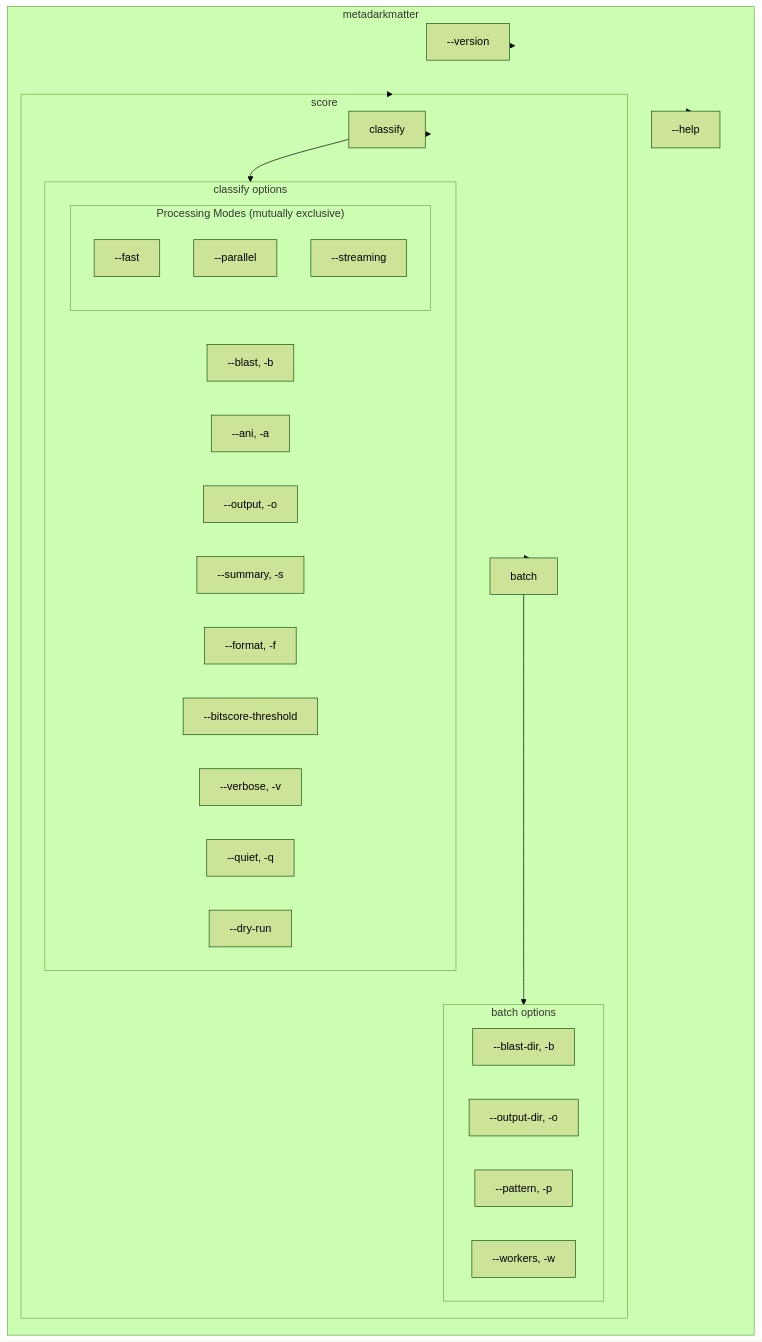
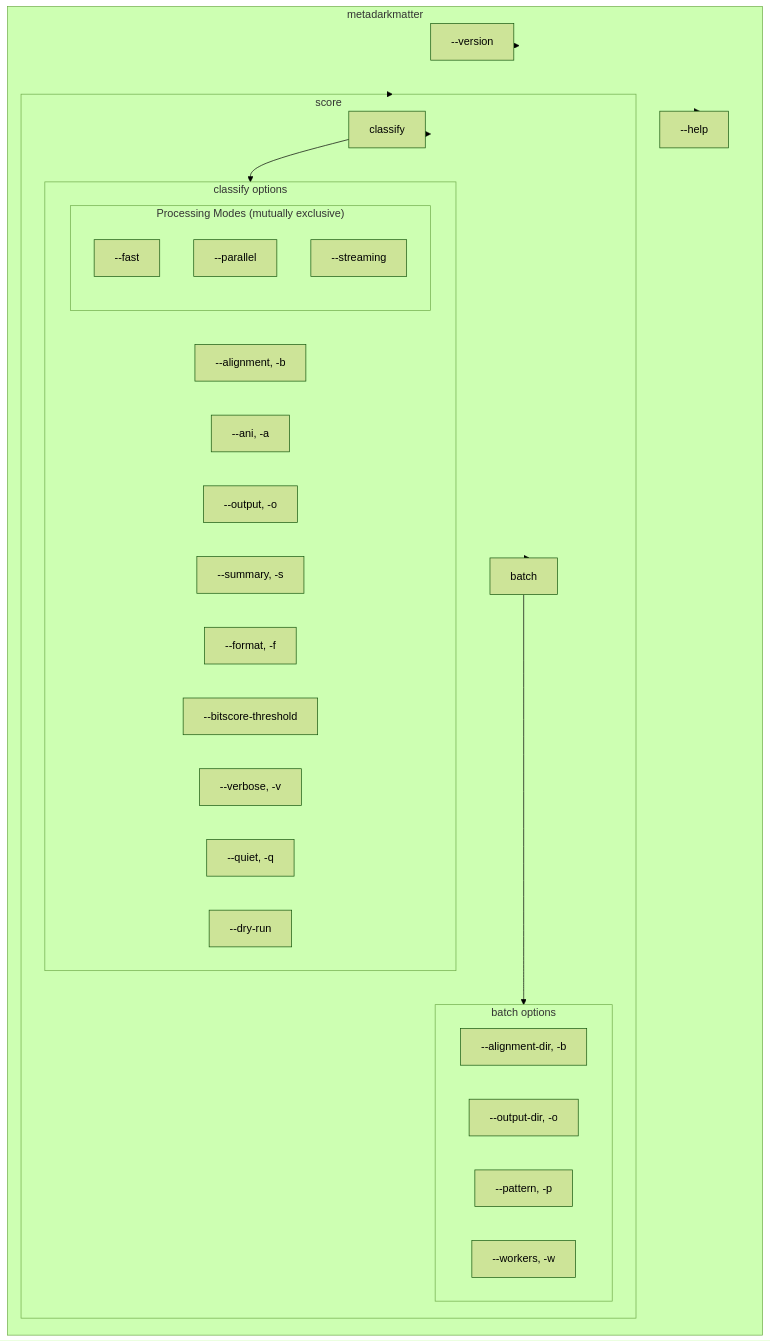
The eighth of 19 diagrams in docs/ARCHITECTURE.md (FOI-Bioinformatics/metadarkmatter), drawn with Mermaid (forest theme) before and after one commit. The commit also changed 16 other files, not shown here.

````diff
--- a/docs/ARCHITECTURE.md
+++ b/docs/ARCHITECTURE.md
@@ -288,45 +288,45 @@
 ```mermaid
 flowchart TB
     subgraph app["metadarkmatter"]
         VERSION["--version"]
         HELP["--help"]
 
         subgraph score["score"]
             CLASSIFY["classify"]
             BATCH["batch"]
 
             subgraph classify_opts["classify options"]
-                BLAST_OPT["--blast, -b"]
+                BLAST_OPT["--alignment, -b"]
                 ANI_OPT["--ani, -a"]
                 OUTPUT_OPT["--output, -o"]
                 SUMMARY_OPT["--summary, -s"]
                 FORMAT_OPT["--format, -f"]
                 THRESH_OPT["--bitscore-threshold"]
                 VERBOSE_OPT["--verbose, -v"]
                 QUIET_OPT["--quiet, -q"]
                 DRYRUN_OPT["--dry-run"]
 
                 subgraph modes["Processing Modes (mutually exclusive)"]
                     FAST_OPT["--fast"]
                     PARALLEL_OPT["--parallel"]
                     STREAMING_OPT["--streaming"]
                 end
             end
 
             subgraph batch_opts["batch options"]
-                BLASTDIR_OPT["--blast-dir, -b"]
+                BLASTDIR_OPT["--alignment-dir, -b"]
                 OUTPUTDIR_OPT["--output-dir, -o"]
                 PATTERN_OPT["--pattern, -p"]
                 WORKERS_OPT["--workers, -w"]
             end
         end
     end
 
     app --> VERSION
     app --> HELP
     app --> score
     score --> CLASSIFY
     score --> BATCH
     CLASSIFY --> classify_opts
     BATCH --> batch_opts
 ```
````
